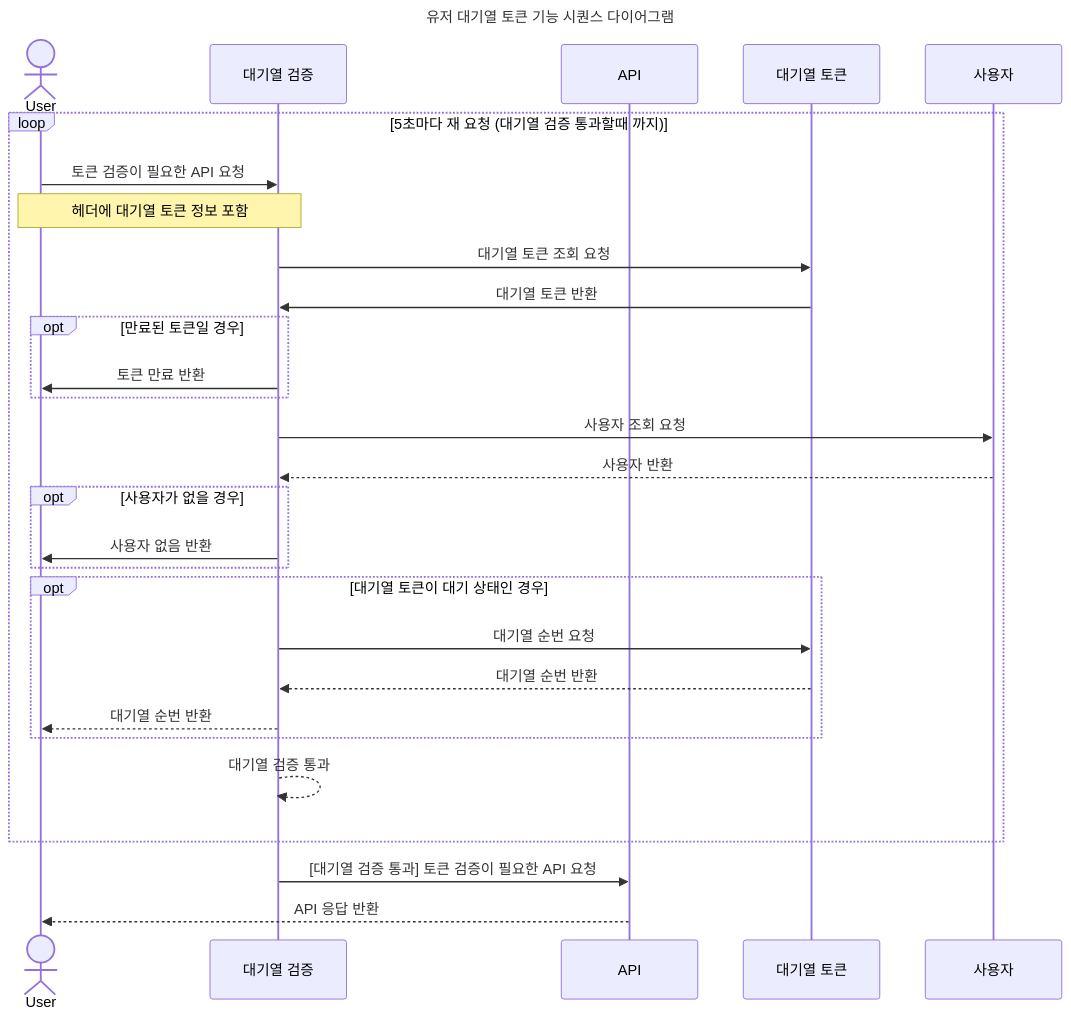
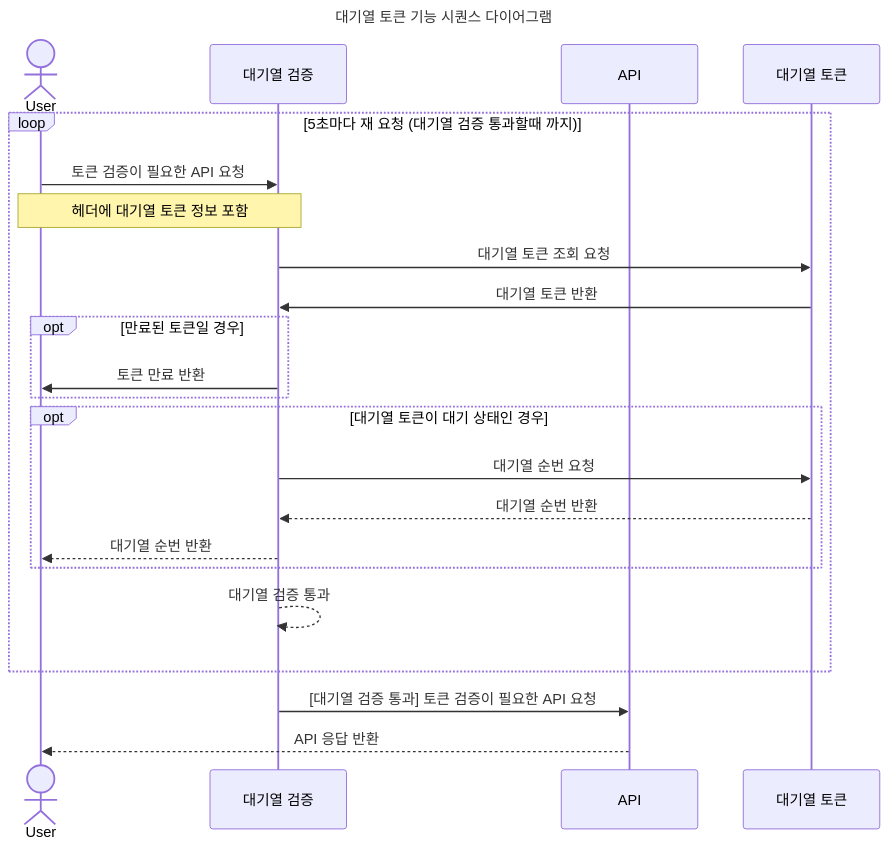
Before and after one commit to hhpb-code/hhplus-concert: the third of 9 diagrams in docs/SEQUENCE_DIAGRAM.md, drawn with Mermaid. The commit also changed other lines of this file and 22 other files, not shown here.

````diff
--- a/docs/SEQUENCE_DIAGRAM.md
+++ b/docs/SEQUENCE_DIAGRAM.md
@@ -151,36 +129,29 @@
 ```mermaid
 sequenceDiagram
     actor User
     participant 대기열 검증
     participant API
     participant 대기열 토큰
-    participant 사용자
-    title 유저 대기열 토큰 기능 시퀀스 다이어그램
+    title 대기열 토큰 기능 시퀀스 다이어그램
 
     loop 5초마다 재 요청 (대기열 검증 통과할때 까지)
         User ->> 대기열 검증: 토큰 검증이 필요한 API 요청
         note over User, 대기열 검증: 헤더에 대기열 토큰 정보 포함
         대기열 검증 ->> 대기열 토큰: 대기열 토큰 조회 요청
         대기열 토큰 ->> 대기열 검증: 대기열 토큰 반환
         opt 만료된 토큰일 경우
             대기열 검증 ->> User: 토큰 만료 반환
-        end
-
-        대기열 검증 ->> 사용자: 사용자 조회 요청
-        사용자 -->> 대기열 검증: 사용자 반환
-        opt 사용자가 없을 경우
-            대기열 검증 ->> User: 사용자 없음 반환
         end
 
         opt 대기열 토큰이 대기 상태인 경우
             대기열 검증 ->> 대기열 토큰: 대기열 순번 요청
             대기열 토큰 -->> 대기열 검증: 대기열 순번 반환
             대기열 검증 -->> User: 대기열 순번 반환
         end
 
         대기열 검증 -->> 대기열 검증: 대기열 검증 통과
     end
 
     대기열 검증 ->> API: [대기열 검증 통과] 토큰 검증이 필요한 API 요청
     API -->> User: API 응답 반환
 ```
````
